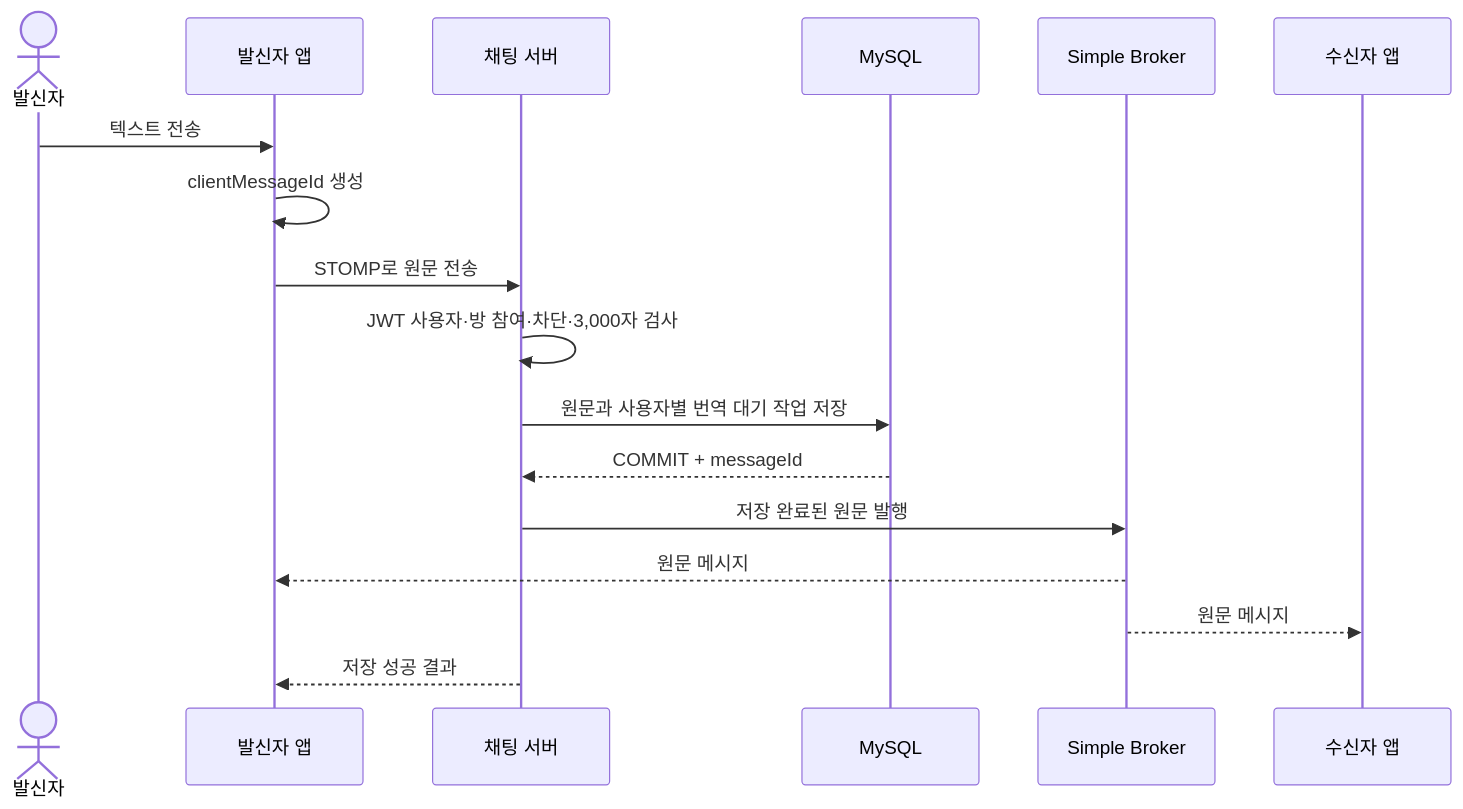
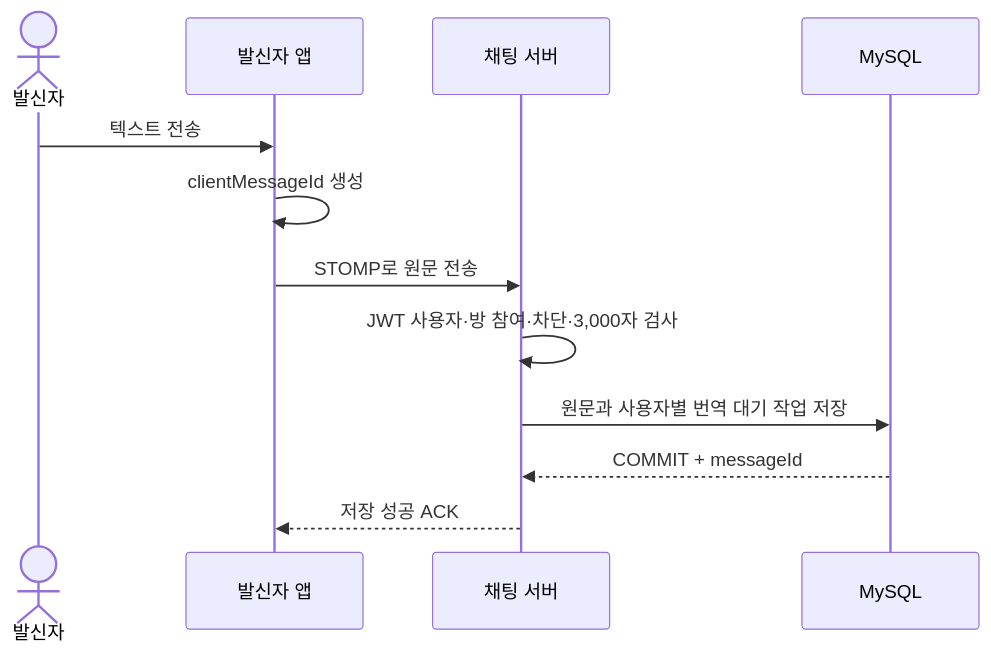
The eighth of 16 diagrams in docs/architecture/chat/05-sequence-diagrams.md (jameskim9509/Kohere-backend), drawn with Mermaid before and after one commit. The commit also changed other lines of this file and 52 other files, not shown here.

````diff
--- a/docs/architecture/chat/05-sequence-diagrams.md
+++ b/docs/architecture/chat/05-sequence-diagrams.md
@@ -212,20 +212,15 @@
 ```mermaid
 sequenceDiagram
     actor S as 발신자
     participant APP as 발신자 앱
     participant CHAT as 채팅 서버
     participant DB as MySQL
-    participant BR as Simple Broker
-    participant OTHER as 수신자 앱
 
     S->>APP: 텍스트 전송
     APP->>APP: clientMessageId 생성
     APP->>CHAT: STOMP로 원문 전송
     CHAT->>CHAT: JWT 사용자·방 참여·차단·3,000자 검사
     CHAT->>DB: 원문과 사용자별 번역 대기 작업 저장
     DB-->>CHAT: COMMIT + messageId
-    CHAT->>BR: 저장 완료된 원문 발행
-    BR-->>APP: 원문 메시지
-    BR-->>OTHER: 원문 메시지
-    CHAT-->>APP: 저장 성공 결과
+    CHAT-->>APP: 저장 성공 ACK
 ```
````
